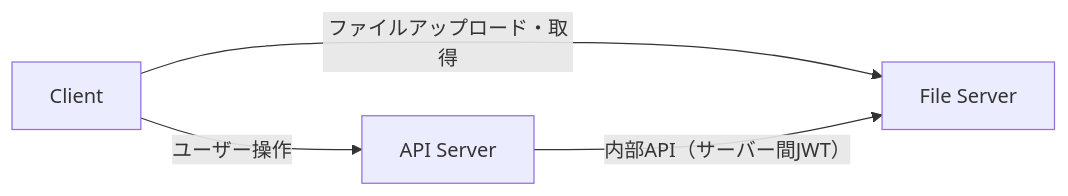
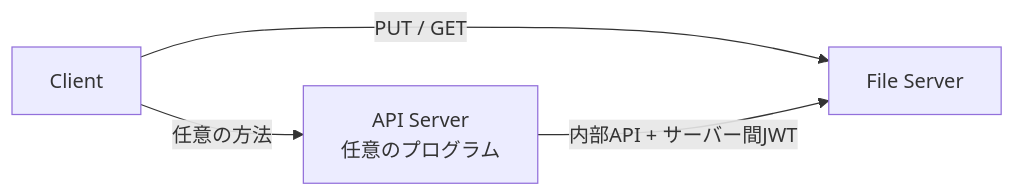
The first of 5 diagrams in docs/spec.md (kigawa01/kaft), drawn with Mermaid before and after one commit. The commit also changed other lines of this file, not shown here.

Commit message:
plan: File Server中心の設計に改訂（JWT発行・任意API Server・ファイル名指定） refs #2

````diff
--- a/docs/spec.md
+++ b/docs/spec.md
@@ -81,6 +83,6 @@
 ```mermaid
 graph LR
-    C[Client] -->|ユーザー操作| A[API Server]
-    C -->|ファイルアップロード・取得| F[File Server]
-    A -->|内部API（サーバー間JWT）| F
+    C[Client] -->|任意の方法| A[API Server<br/>任意のプログラム]
+    C -->|PUT / GET| F[File Server]
+    A -->|内部API + サーバー間JWT| F
 ```
````
